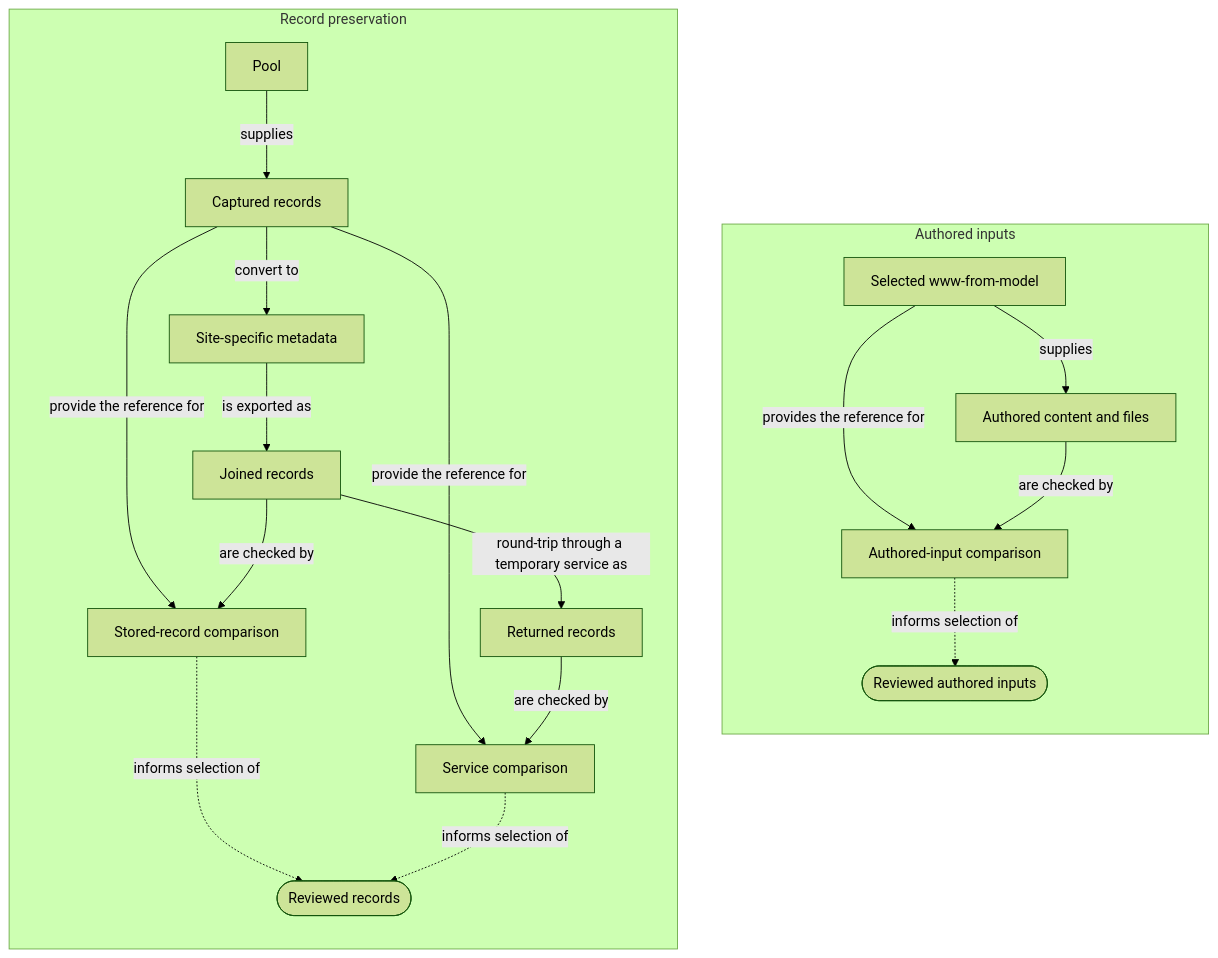
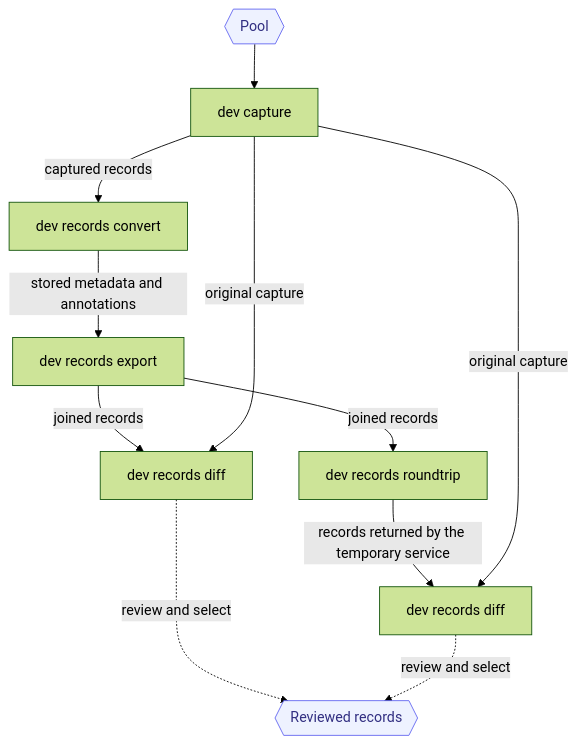
Before and after one commit to ORINOCO-Lite/orinoco-lite-dev: the first of 3 diagrams in docs/agents/staged-upstream-validation.md, drawn with Mermaid (forest theme). The commit also changed other lines of this file, not shown here.

First line of the commit message:
docs: show validation as chains of dev commands

````diff
--- a/docs/agents/staged-upstream-validation.md
+++ b/docs/agents/staged-upstream-validation.md
@@ -26,25 +27,14 @@
 ```mermaid
-flowchart LR
-  subgraph records["Record preservation"]
-    direction TB
-    pool["Pool"] -->|supplies| raw["Captured records"]
-    raw -->|convert to| stored["Site-specific metadata"]
-    stored -->|is exported as| joined["Joined records"]
-    joined -->|round-trip through a temporary service as| returned["Returned records"]
-    raw -->|provide the reference for| storedcheck["Stored-record comparison"]
-    joined -->|are checked by| storedcheck
-    raw -->|provide the reference for| servicecheck["Service comparison"]
-    returned -->|are checked by| servicecheck
-    storedcheck -.->|informs selection of| reviewed(["Reviewed records"])
-    servicecheck -.->|informs selection of| reviewed
-  end
-  subgraph authored["Authored inputs"]
-    direction TB
-    upstream["Selected www-from-model"] -->|supplies| files["Authored content and files"]
-    upstream -->|provides the reference for| inputcheck["Authored-input comparison"]
-    files -->|are checked by| inputcheck
-    inputcheck -.->|informs selection of| inputs(["Reviewed authored inputs"])
-  end
-  %% Keep the independent input reviews beside each other.
-  records ~~~ authored
+flowchart TB
+  pool{{"Pool"}}:::boundary --> capture["dev capture"]
+  capture -->|captured records| convert["dev records convert"]
+  convert -->|stored metadata and annotations| export["dev records export"]
+  export -->|joined records| storedcheck["dev records diff"]
+  capture -->|original capture| storedcheck
+  export -->|joined records| roundtrip["dev records roundtrip"]
+  roundtrip -->|records returned by the temporary service| servicecheck["dev records diff"]
+  capture -->|original capture| servicecheck
+  storedcheck -.->|review and select| records{{"Reviewed records"}}:::boundary
+  servicecheck -.->|review and select| records
+  classDef boundary fill:#eef2ff,stroke:#6366f1,color:#312e81
 ```
````
